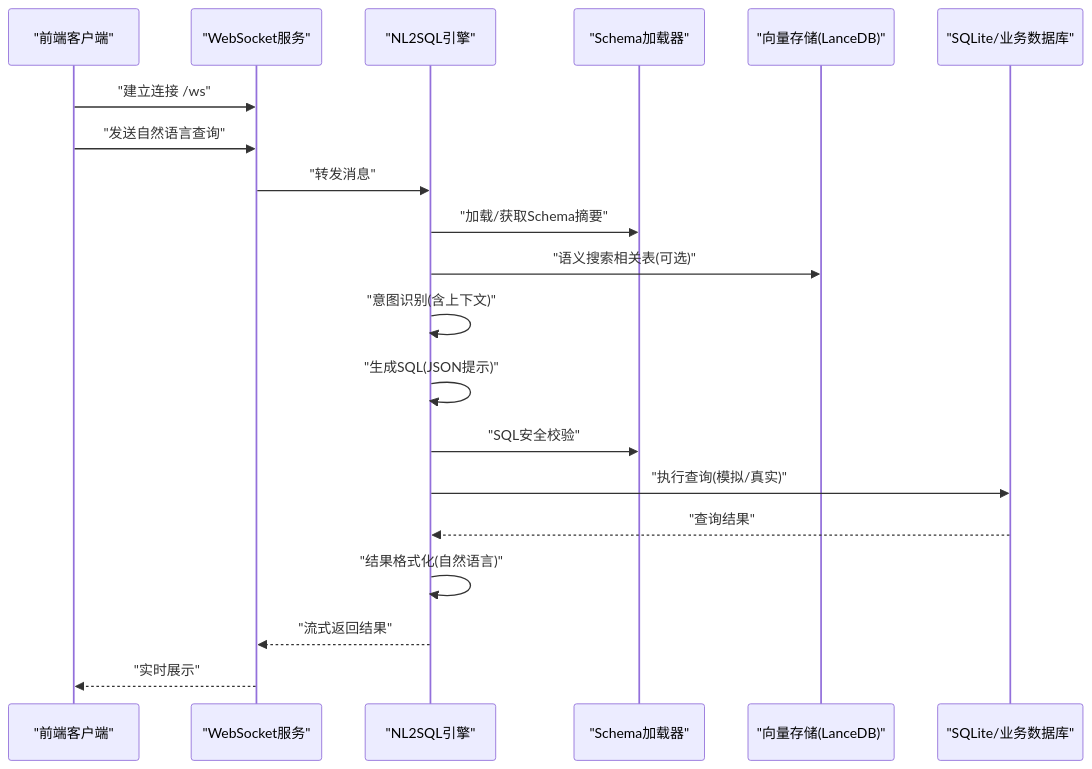
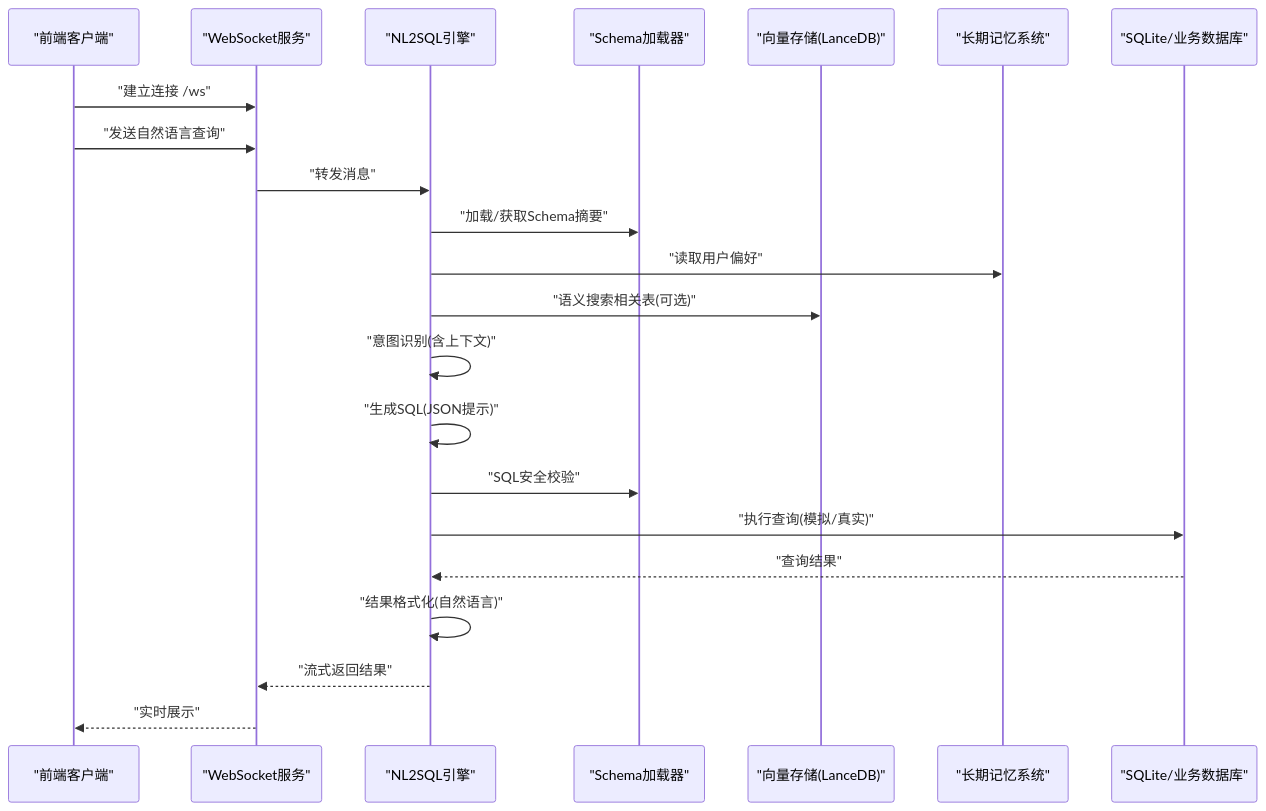
The second of 10 diagrams in .qoder/repowiki/zh/content/项目概述/NL2SQL-进度追踪.md (HanHuiOnLine/724-office), drawn with Mermaid before and after one commit. The commit also changed other lines of this file and 15 other files, not shown here.

````diff
--- a/.qoder/repowiki/zh/content/项目概述/NL2SQL-进度追踪.md
+++ b/.qoder/repowiki/zh/content/项目概述/NL2SQL-进度追踪.md
@@ -106,22 +120,24 @@
 ```mermaid
 sequenceDiagram
 participant Client as "前端客户端"
 participant WS as "WebSocket服务"
 participant Engine as "NL2SQL引擎"
 participant Schema as "Schema加载器"
 participant Vector as "向量存储(LanceDB)"
+participant LongMem as "长期记忆系统"
 participant DB as "SQLite/业务数据库"
 Client->>WS : "建立连接 /ws"
 Client->>WS : "发送自然语言查询"
 WS->>Engine : "转发消息"
 Engine->>Schema : "加载/获取Schema摘要"
+Engine->>LongMem : "读取用户偏好"
 Engine->>Vector : "语义搜索相关表(可选)"
 Engine->>Engine : "意图识别(含上下文)"
 Engine->>Engine : "生成SQL(JSON提示)"
 Engine->>Schema : "SQL安全校验"
 Engine->>DB : "执行查询(模拟/真实)"
 DB-->>Engine : "查询结果"
 Engine->>Engine : "结果格式化(自然语言)"
 Engine-->>WS : "流式返回结果"
 WS-->>Client : "实时展示"
 ```
````
